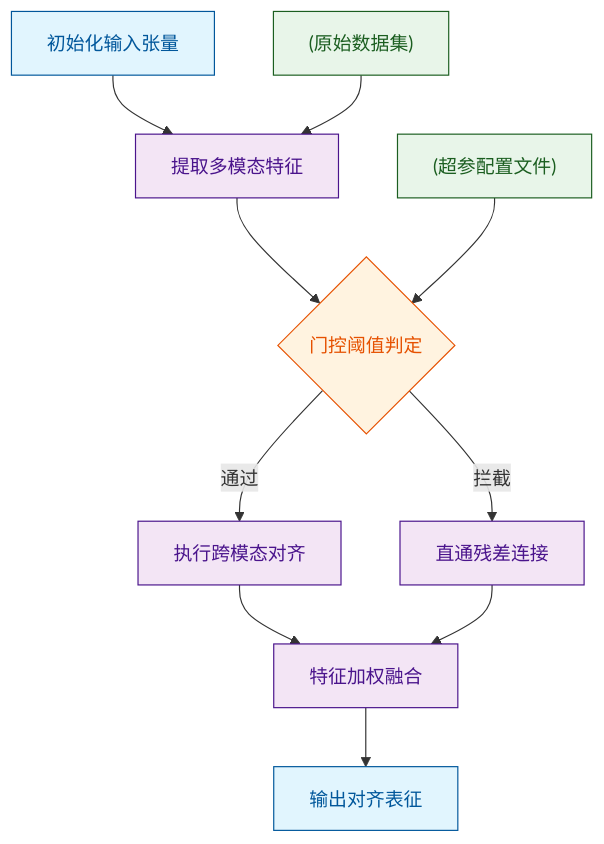
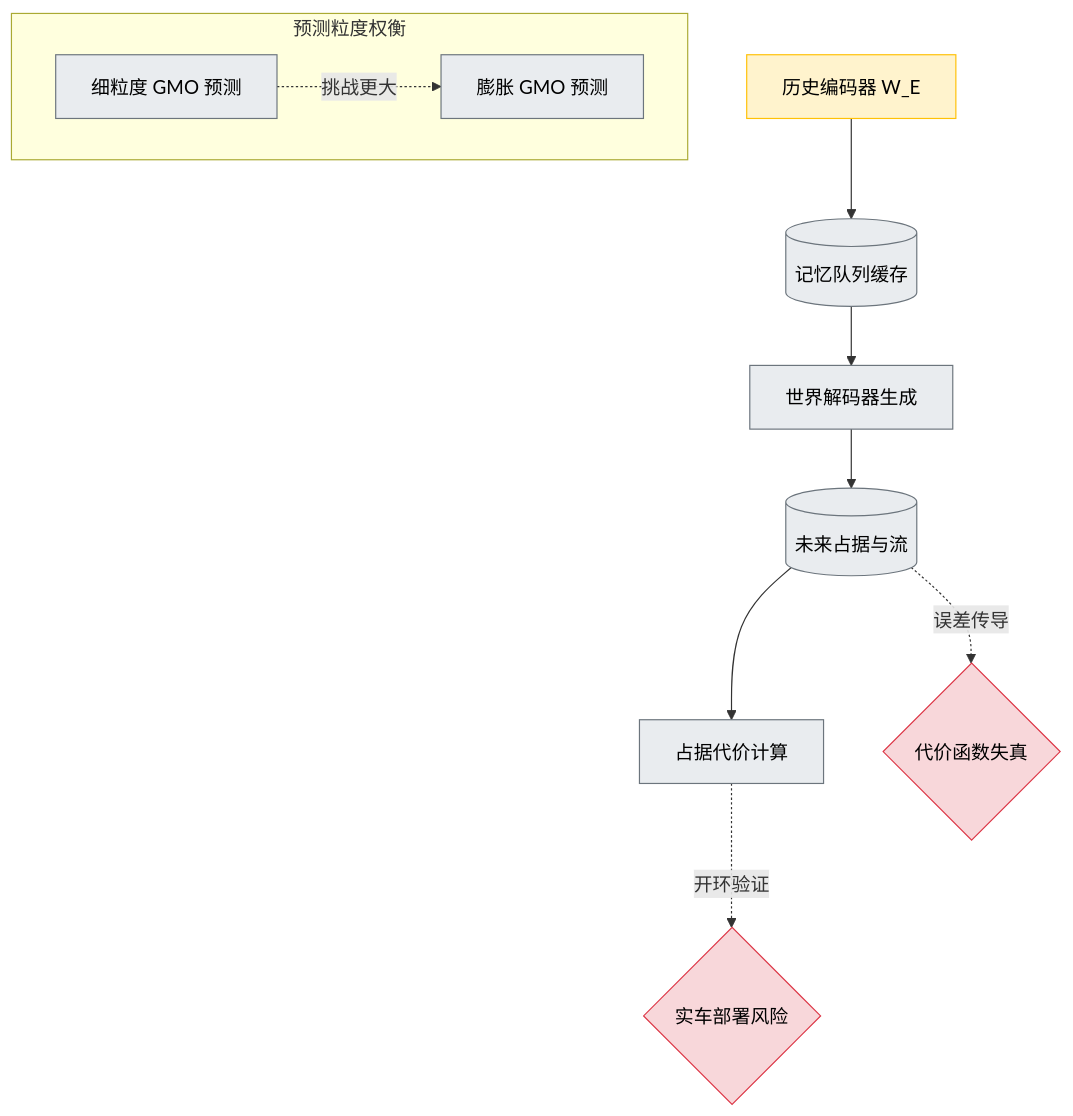
The ninth of 10 diagrams in person_vault/2026-06-12_DrivingInTheOccupancyWorldVisionCentric4_2408.14197/report.md (ShinewineW/paper-rolling), drawn with Mermaid before and after one commit. The commit also changed other lines of this file and 51 other files, not shown here.

````diff
--- a/person_vault/2026-06-12_DrivingInTheOccupancyWorldVisionCentric4_2408.14197/report.md
+++ b/person_vault/2026-06-12_DrivingInTheOccupancyWorldVisionCentric4_2408.14197/report.md
@@ -406,18 +617,18 @@
 ```mermaid
-flowchart TB
-  classDef start_end fill:#e1f5fe,stroke:#01579b,color:#01579b;
-  classDef process fill:#f3e5f5,stroke:#4a148c,color:#4a148c;
-  classDef decision fill:#fff3e0,stroke:#e65100,color:#e65100;
-  classDef data fill:#e8f5e9,stroke:#1b5e20,color:#1b5e20;
+flowchart TD
+    classDef bottleneck fill:#fff3cd,stroke:#ffc107,color:#000;
+    classDef risk fill:#f8d7da,stroke:#dc3545,color:#000;
+    classDef normal fill:#e9ecef,stroke:#6c757d,color:#000;
 
-  start_node["初始化输入张量"]:::start_end --> feature_extractor["提取多模态特征"]:::process
-  feature_extractor --> gate_check{门控阈值判定}:::decision
-  gate_check -- 通过 --> route_align["执行跨模态对齐"]:::process
-  gate_check -- 拦截 --> bypass_skip["直通残差连接"]:::process
-  route_align --> merge_fusion["特征加权融合"]:::process
-  bypass_skip --> merge_fusion
-  merge_fusion --> aligned_output["输出对齐表征"]:::start_end
-  
-  raw_data["(原始数据集)"]:::data --> feature_extractor
-  config_file["(超参配置文件)"]:::data --> gate_check
+    hist_enc["历史编码器 W_E"]:::bottleneck --> mem_queue[("记忆队列缓存")]:::normal
+    mem_queue --> world_dec["世界解码器生成"]:::normal
+    world_dec --> pred_occ[("未来占据与流")]:::normal
+    pred_occ --> occ_cost["占据代价计算"]:::normal
+
+    pred_occ -. 误差传导 .-> risk_node{代价函数失真}:::risk
+    occ_cost -. 开环验证 .-> deploy_gap{实车部署风险}:::risk
+
+    subgraph 预测粒度权衡
+        fine_gmo["细粒度 GMO 预测"]:::normal -. 挑战更大 .-> inflated_gmo["膨胀 GMO 预测"]:::normal
+    end
 ```
````
